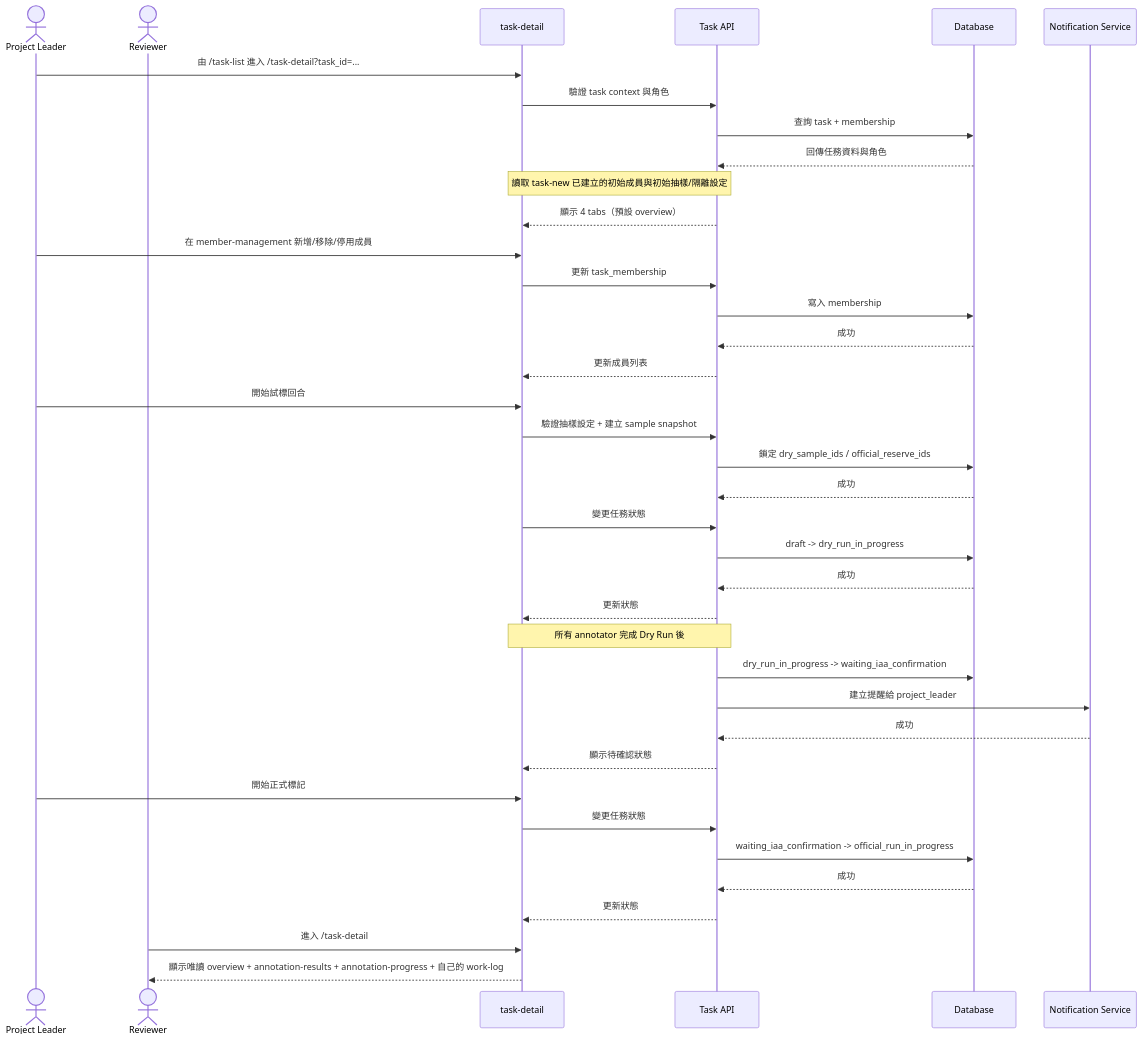
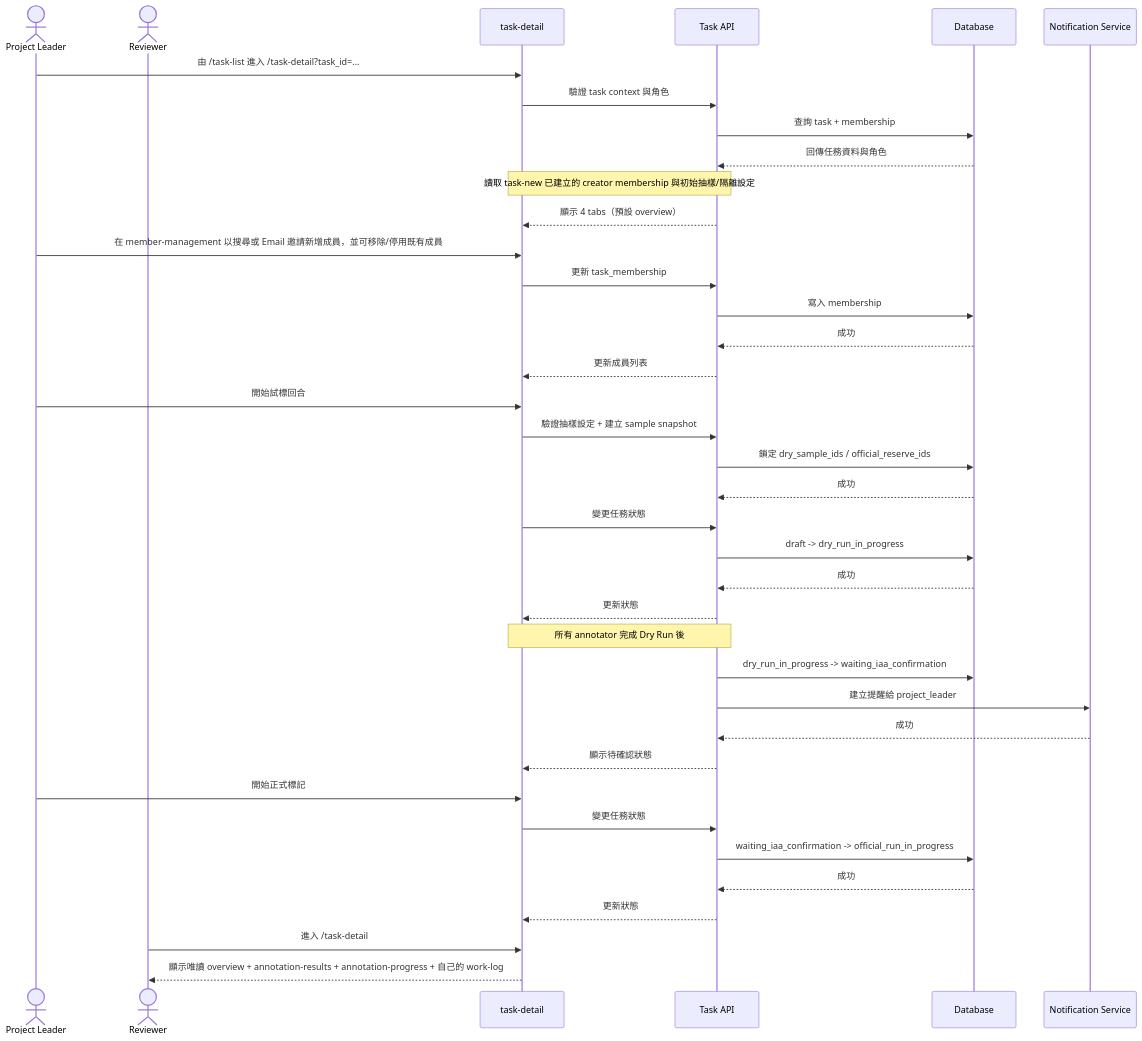
One commit to singyichen/label-suite changed the first of 2 diagrams in specs/task-management/014-task-detail/spec.md. Above: the diagram before and after it, drawn with Mermaid. The commit also changed other lines of this file and 6 other files, not shown here.

First line of the commit message:
feat(task-management): redesign member management add-member UI

````diff
--- a/specs/task-management/014-task-detail/spec.md
+++ b/specs/task-management/014-task-detail/spec.md
@@ -40,46 +40,46 @@
 ```mermaid
 sequenceDiagram
     actor PL as Project Leader
     actor RV as Reviewer
     participant UI as task-detail
     participant API as Task API
     participant DB as Database
     participant Notify as Notification Service
 
     PL->>UI: 由 /task-list 進入 /task-detail?task_id=...
     UI->>API: 驗證 task context 與角色
     API->>DB: 查詢 task + membership
     DB-->>API: 回傳任務資料與角色
-    Note over UI,API: 讀取 task-new 已建立的初始成員與初始抽樣/隔離設定
+    Note over UI,API: 讀取 task-new 已建立的 creator membership 與初始抽樣/隔離設定
     API-->>UI: 顯示 4 tabs（預設 overview）
 
-    PL->>UI: 在 member-management 新增/移除/停用成員
+    PL->>UI: 在 member-management 以搜尋或 Email 邀請新增成員，並可移除/停用既有成員
     UI->>API: 更新 task_membership
     API->>DB: 寫入 membership
     DB-->>API: 成功
     API-->>UI: 更新成員列表
 
     PL->>UI: 開始試標回合
     UI->>API: 驗證抽樣設定 + 建立 sample snapshot
     API->>DB: 鎖定 dry_sample_ids / official_reserve_ids
     DB-->>API: 成功
     UI->>API: 變更任務狀態
     API->>DB: draft -> dry_run_in_progress
     DB-->>API: 成功
     API-->>UI: 更新狀態
 
     Note over UI,API: 所有 annotator 完成 Dry Run 後
     API->>DB: dry_run_in_progress -> waiting_iaa_confirmation
     API->>Notify: 建立提醒給 project_leader
     Notify-->>API: 成功
     API-->>UI: 顯示待確認狀態
 
     PL->>UI: 開始正式標記
     UI->>API: 變更任務狀態
     API->>DB: waiting_iaa_confirmation -> official_run_in_progress
     DB-->>API: 成功
     API-->>UI: 更新狀態
 
     RV->>UI: 進入 /task-detail
     UI-->>RV: 顯示唯讀 overview + annotation-results + annotation-progress + 自己的 work-log
 ```
````
